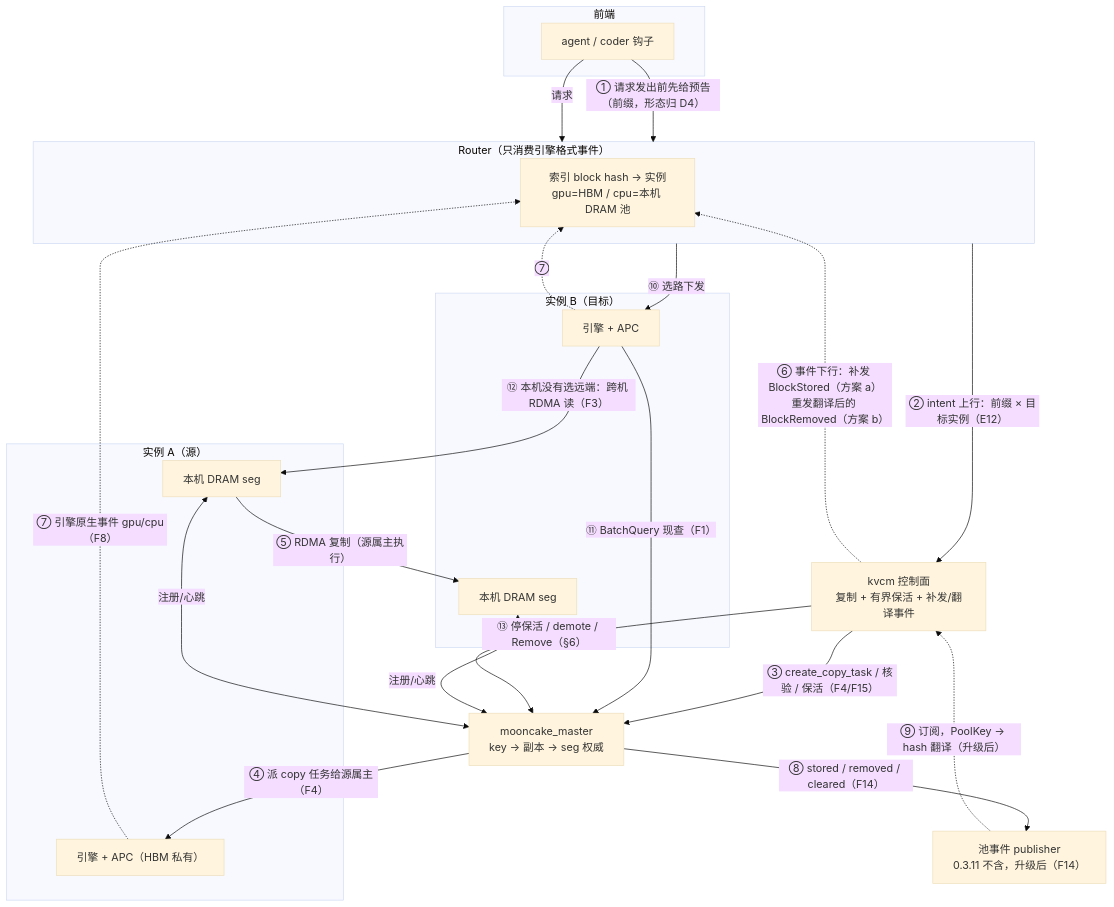
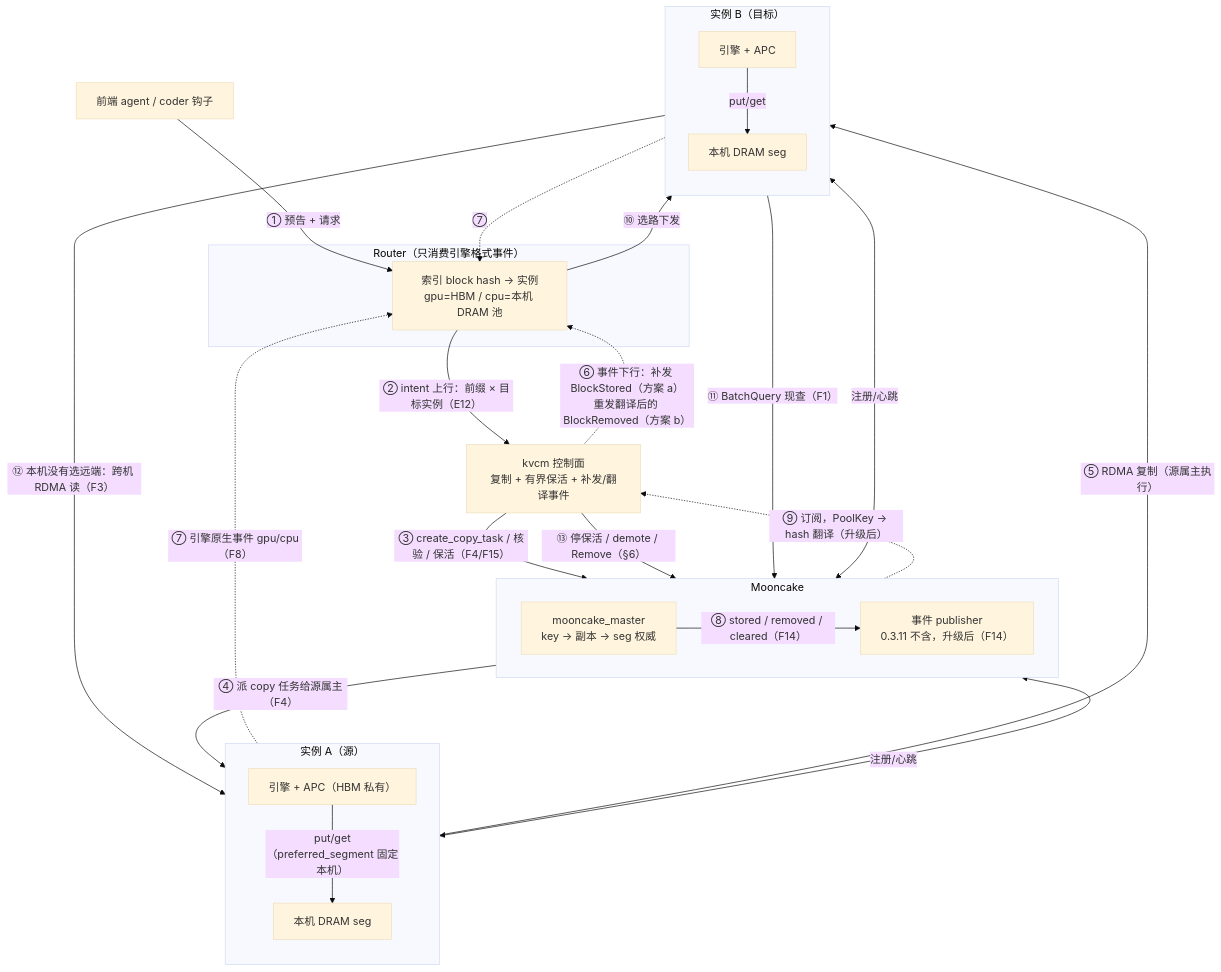
The second of 2 diagrams in kvcm/D1-router-scheduling.md (5x8-40/lake), drawn with Mermaid (base theme) before and after one commit. The commit also changed other lines of this file and 1 other file, not shown here.

Commit message:
docs(kvcm): 评审五轮——F14 消费者多方核实（Conductor）+ 目标形态图改主纵列横混排
- F14 新增「消费者现状（多方核实）」：真实消费者只有 mooncake 自家
  Conductor（mooncake-conductor/，订阅池事件建全局前缀索引，object_key_parser
  解析 PoolKey 拿回 hash，ParseVllmObjectKey 明确覆盖 vLLM/vLLM-Ascend
  连接器 key 布局 = keys.py 一族）；vLLM/SGLang/Dynamo 均不消费，GitHub
  全仓搜无第三方订阅方。方案 b 与 Conductor 同构（解析 object_key 拿回
  hash），区别在它自建索引、kvcm 翻译成引擎格式重发
- backlog D4 登记 Conductor 对照：与 kvcm 职责互补不重叠（它=只读索引，
  kvcm=池控制面），复用两条路径（组件级替代 router 索引 / 代码级对照
  parser），待评估项在案；E14 翻译参考 object_key_parser.cpp:160-276
- 目标形态 mermaid 重排：主流程从上到下（前端→Router→kvcm→Mooncake→
  引擎层→seg 层），并列模块横向并排横边连接（master‖publisher、实例
  A‖B、⑤ RDMA）；引擎→本机 seg 补 put/get 边；mmdc 本地渲染验证版式

````diff
--- a/kvcm/D1-router-scheduling.md
+++ b/kvcm/D1-router-scheduling.md
@@ -119,38 +124,43 @@
 ```mermaid
 flowchart TB
-    subgraph FE["前端"]
-        AG["agent / coder 钩子"]
-    end
+    AG["前端 agent / coder 钩子"]
     subgraph RT["Router（只消费引擎格式事件）"]
         IDX["索引 block hash → 实例<br/>gpu=HBM / cpu=本机 DRAM 池"]
     end
     KV["kvcm 控制面<br/>复制 + 有界保活 + 补发/翻译事件"]
+    subgraph POOL["Mooncake"]
+        direction LR
+        M["mooncake_master<br/>key → 副本 → seg 权威"]
+        PB["事件 publisher<br/>0.3.11 不含，升级后（F14）"]
+    end
     subgraph A["实例 A（源）"]
+        direction TB
         EA["引擎 + APC（HBM 私有）"]
         SA["本机 DRAM seg"]
     end
     subgraph B["实例 B（目标）"]
+        direction TB
         EB["引擎 + APC"]
         SB["本机 DRAM seg"]
     end
-    M["mooncake_master<br/>key → 副本 → seg 权威"]
-    PB["池事件 publisher<br/>0.3.11 不含，升级后（F14）"]
 
-    AG -->|"① 请求发出前先给预告（前缀，形态归 D4）"| RT
-    AG -->|"请求"| RT
-    RT -->|"② intent 上行：前缀 × 目标实例（E12）"| KV
+    AG -->|"① 预告 + 请求"| IDX
+    IDX -->|"② intent 上行：前缀 × 目标实例（E12）"| KV
     KV -->|"③ create_copy_task / 核验 / 保活（F4/F15）"| M
+    M -->|"⑧ stored / removed / cleared（F14）"| PB
+    PB -.->|"⑨ 订阅，PoolKey → hash 翻译（升级后）"| KV
+    KV -.->|"⑥ 事件下行：补发 BlockStored（方案 a）<br/>重发翻译后的 BlockRemoved（方案 b）"| IDX
     M -->|"④ 派 copy 任务给源属主（F4）"| EA
+    M ~~~ EB
+    EA -->|"put/get（preferred_segment 固定本机）"| SA
+    EB -->|"put/get"| SB
     SA -->|"⑤ RDMA 复制（源属主执行）"| SB
-    KV -.->|"⑥ 事件下行：补发 BlockStored（方案 a）<br/>重发翻译后的 BlockRemoved（方案 b）"| IDX
     EA -.->|"⑦ 引擎原生事件 gpu/cpu（F8）"| IDX
     EB -.->|"⑦"| IDX
-    M -->|"⑧ stored / removed / cleared（F14）"| PB
-    PB -.->|"⑨ 订阅，PoolKey → hash 翻译（升级后）"| KV
-    RT -->|"⑩ 选路下发"| EB
+    IDX -->|"⑩ 选路下发"| EB
     EB -->|"⑪ BatchQuery 现查（F1）"| M
     EB -->|"⑫ 本机没有选远端：跨机 RDMA 读（F3）"| SA
     KV -->|"⑬ 停保活 / demote / Remove（§6）"| M
     SA <-->|"注册/心跳"| M
     SB <-->|"注册/心跳"| M
 ```
````
